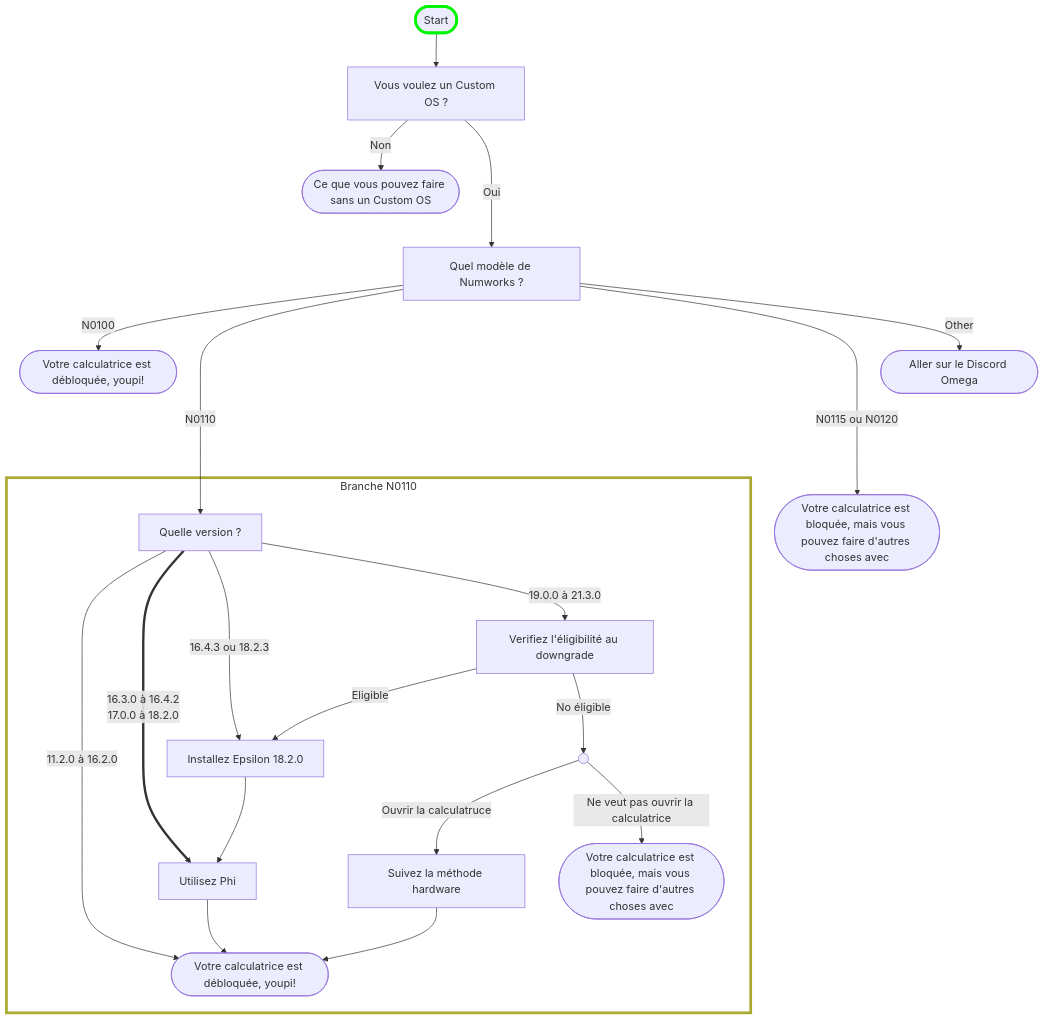
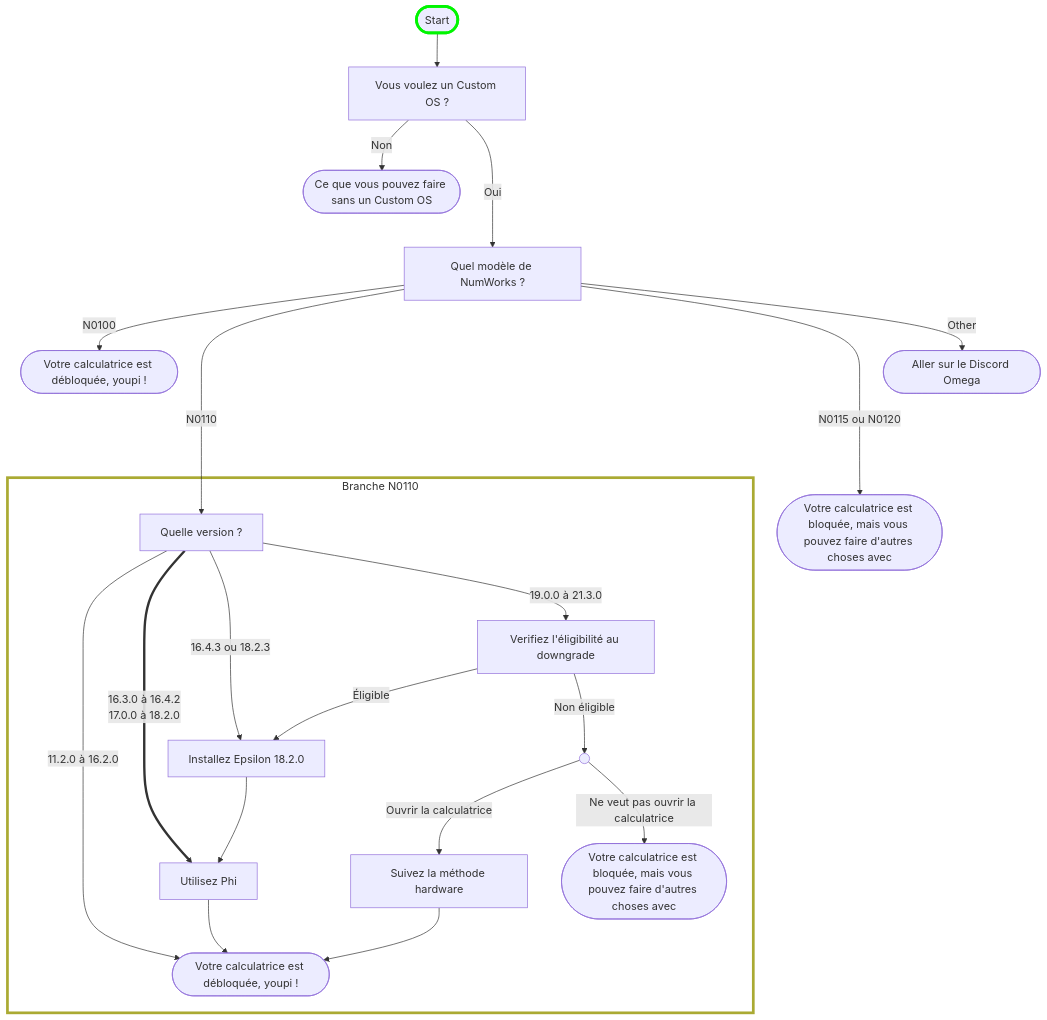
Before and after one commit to Omega-Numworks/Omega-Guide: the diagram in i18n/fr/docusaurus-plugin-content-docs/current/flowchart.md, drawn with Mermaid. The commit also changed 28 other files, not shown here.

````diff
--- a/i18n/fr/docusaurus-plugin-content-docs/current/flowchart.md
+++ b/i18n/fr/docusaurus-plugin-content-docs/current/flowchart.md
@@ -8,49 +8,49 @@
 ```mermaid
 flowchart TD
-    calc_unlocked([Votre calculatrice est débloquée, youpi!])
+    calc_unlocked([Votre calculatrice est débloquée, youpi !])
     calc_locked_no_modif([Ce que vous pouvez faire sans un Custom OS])
     start([Start]) --> want_cfw[Vous voulez un Custom OS ?]
     style start stroke:#00f500,stroke-width:4px
     want_cfw --Non--> calc_locked_no_modif
-    want_cfw --->|Oui| model_number[Quel modèle de Numworks ?]
+    want_cfw --->|Oui| model_number[Quel modèle de NumWorks ?]
     
     
     model_number --N0100--> calc_unlocked
     model_number ---->|N0110| check_version_n0110
     model_number ---->|N0115 ou N0120| calc_locked_new_calcs
     model_number --Other--> goto_discord([Aller sur le Discord Omega])
 
-    click model_number "./intro"
-    click calc_locked_no_modif "./unlock/what-to-do-locked"
-    click calc_unlocked "./cfw/choose-a-cfw"
+    click model_number "intro"
+    click calc_locked_no_modif "unlock/what-to-do-locked"
+    click calc_unlocked "cfw/choose-a-cfw"
     click goto_discord "https://discord.gg/X2TWhh9"
 
     subgraph n0110 [Branche N0110]
     style n0110 fill:transparent,stroke-width:4px
     calc_locked_n0110([Votre calculatrice est bloquée, mais vous pouvez faire d'autres choses avec])
-    calc_unlocked_n0110([Votre calculatrice est débloquée, youpi!])
+    calc_unlocked_n0110([Votre calculatrice est débloquée, youpi !])
     check_version_n0110[Quelle version ?]
     check_version_n0110 --11.2.0 à 16.2.0--> calc_unlocked_n0110
     check_version_n0110 ==16.3.0 à 16.4.2\n17.0.0 à 18.2.0==> phi[Utilisez Phi]
     check_version_n0110 --16.4.3 ou 18.2.3--> install_18_2_0[Installez Epsilon 18.2.0]
     check_version_n0110 --19.0.0 à 21.3.0--> downgrade_check[Verifiez l'éligibilité au downgrade]
-    downgrade_check --Eligible--> install_18_2_0
-    downgrade_check --No éligible--> downgrade_fail(( )) --Ouvrir la calculatruce--> hardware_method[Suivez la méthode hardware]
+    downgrade_check --Éligible--> install_18_2_0
+    downgrade_check --Non éligible--> downgrade_fail(( )) --Ouvrir la calculatrice--> hardware_method[Suivez la méthode hardware]
     downgrade_fail --Ne veut pas ouvrir la calculatrice--> calc_locked_n0110
     install_18_2_0 --> phi
     phi & hardware_method --> calc_unlocked_n0110
 
-    click check_version_n0110 "./unlock/n0110-is-locked"
-    click downgrade_check "./unlock/phi/check-version-change-eligibility"
-    click install_18_2_0 "./unlock/phi/install-epsilon-18-2-0"
+    click check_version_n0110 "unlock/n0110-is-locked"
+    click downgrade_check "unlock/phi/check-version-change-eligibility"
+    click install_18_2_0 "unlock/phi/install-epsilon-18-2-0"
     click phi "./unlock/phi"
-    click hardware_method "./unlock/hardware/n0110-hardware-unlock"
-    click calc_locked_n0110 "./what-to-do-locked"
-    click calc_unlocked_n0110 "./cfw/choose-a-cfw"
+    click hardware_method "unlock/hardware/n0110-hardware-unlock"
+    click calc_locked_n0110 "what-to-do-locked"
+    click calc_unlocked_n0110 "cfw/choose-a-cfw"
 
     end
 
     calc_locked_new_calcs([Votre calculatrice est bloquée, mais vous pouvez faire d'autres choses avec])
 
     click calc_locked_new_calcs "./unlock/what-to-do-locked"
 ```
````
